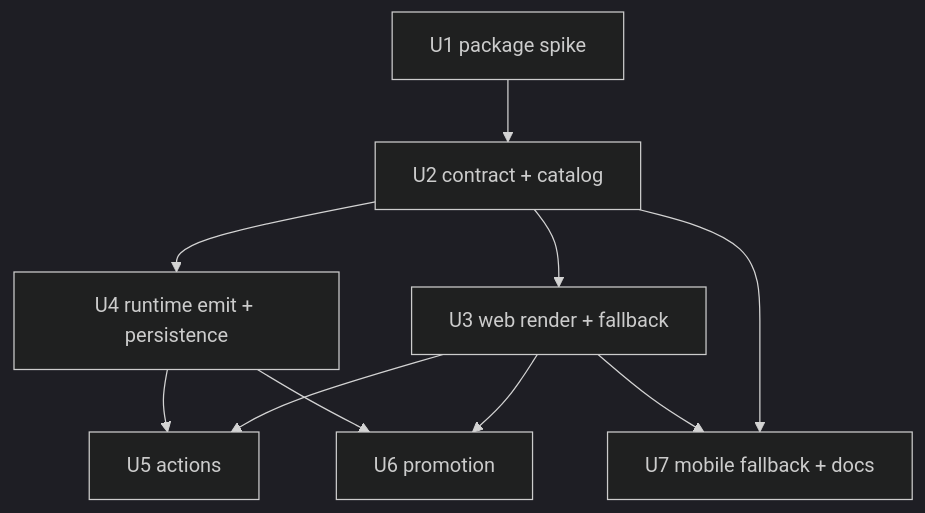
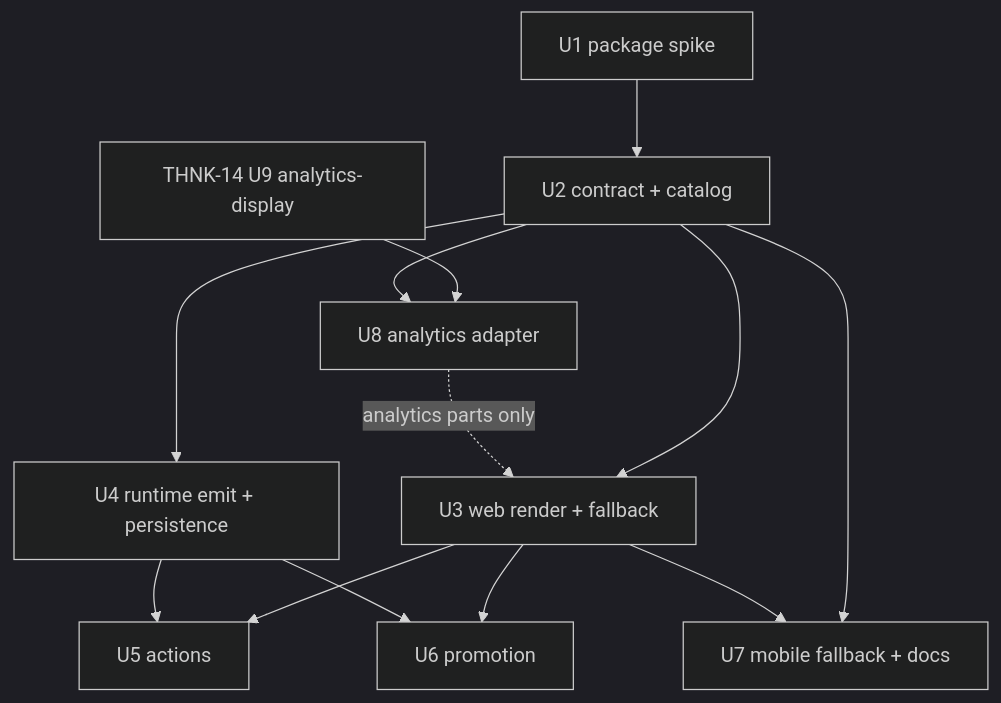
The second of 2 diagrams in docs/plans/2026-06-17-001-feat-thread-genui-json-render-plan.md (thinkwork-ai/thinkwork), drawn with Mermaid (dark theme) before and after one commit. The commit also changed other lines of this file and 1 other file, not shown here.

Commit message:
docs(plans): refine analytics GenUI boundary

````diff
--- a/docs/plans/2026-06-17-001-feat-thread-genui-json-render-plan.md
+++ b/docs/plans/2026-06-17-001-feat-thread-genui-json-render-plan.md
@@ -297,12 +342,15 @@
 ```mermaid
 flowchart TB
   U1["U1 package spike"] --> U2["U2 contract + catalog"]
+  U9A["THNK-14 U9 analytics-display"] --> U8["U8 analytics adapter"]
   U2 --> U3["U3 web render + fallback"]
+  U2 --> U8
+  U8 -. analytics parts only .-> U3
   U2 --> U4["U4 runtime emit + persistence"]
   U3 --> U5["U5 actions"]
   U4 --> U5
   U3 --> U6["U6 promotion"]
   U4 --> U6
   U2 --> U7["U7 mobile fallback + docs"]
   U3 --> U7
 ```
````
